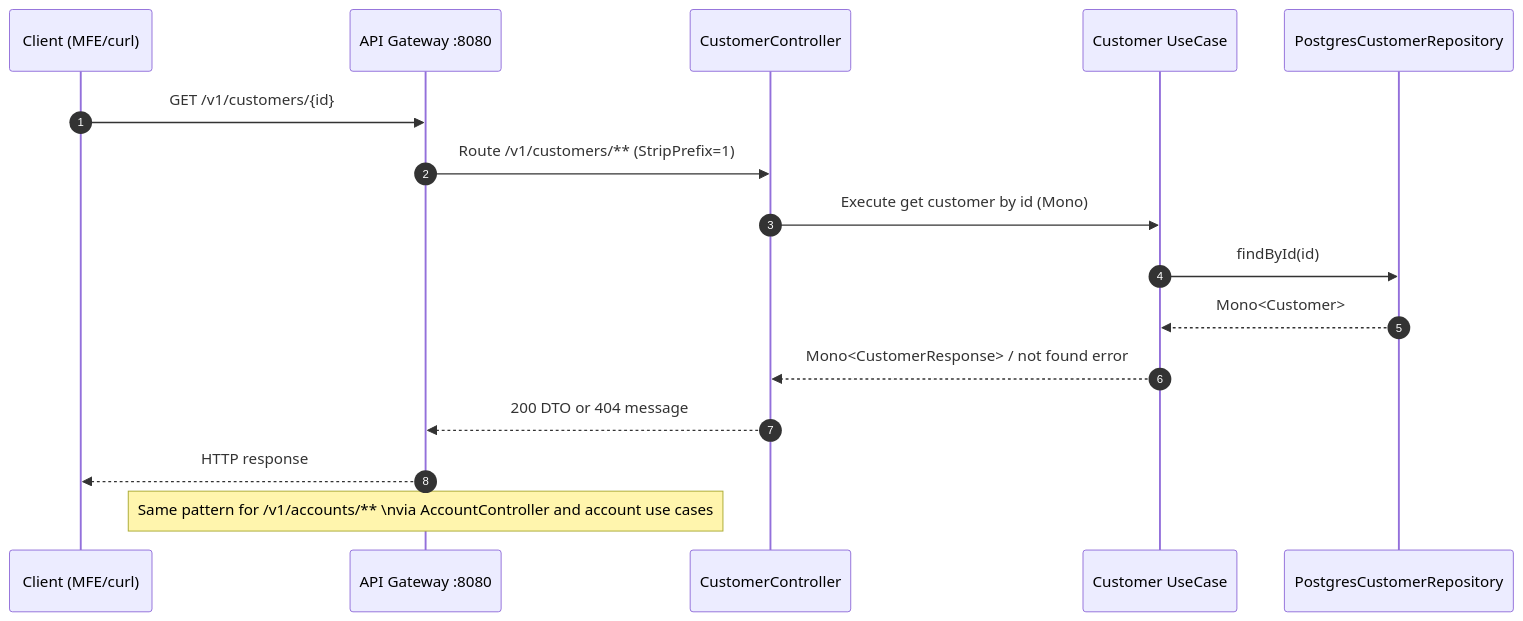
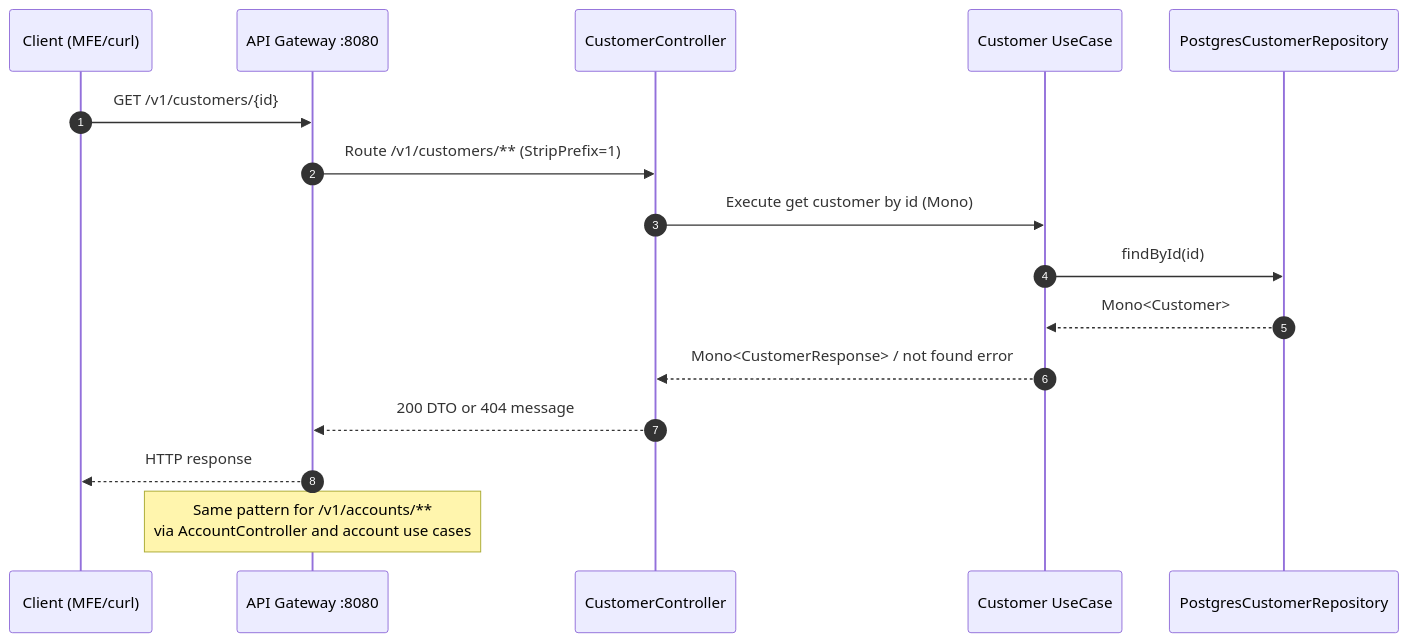
Before and after one commit to mergin/msa-poc: the second of 2 diagrams in README.md, drawn with Mermaid. The commit also changed other lines of this file, not shown here.

Commit message:
docs: fix README mermaid diagram

````diff
--- a/README.md
+++ b/README.md
@@ -79,20 +79,20 @@
 ```mermaid
 sequenceDiagram
   autonumber
   participant Client as Client (MFE/curl)
   participant GW as API Gateway :8080
   participant CCtrl as CustomerController
   participant CUC as Customer UseCase
   participant CRepo as PostgresCustomerRepository
 
   Client->>GW: GET /v1/customers/{id}
   GW->>CCtrl: Route /v1/customers/** (StripPrefix=1)
   CCtrl->>CUC: Execute get customer by id (Mono)
   CUC->>CRepo: findById(id)
   CRepo-->>CUC: Mono<Customer>
   CUC-->>CCtrl: Mono<CustomerResponse> / not found error
   CCtrl-->>GW: 200 DTO or 404 message
   GW-->>Client: HTTP response
 
-  Note over GW: Same pattern for /v1/accounts/** \nvia AccountController and account use cases
+  Note over GW: Same pattern for /v1/accounts/**<br/>via AccountController and account use cases
 ```
````
